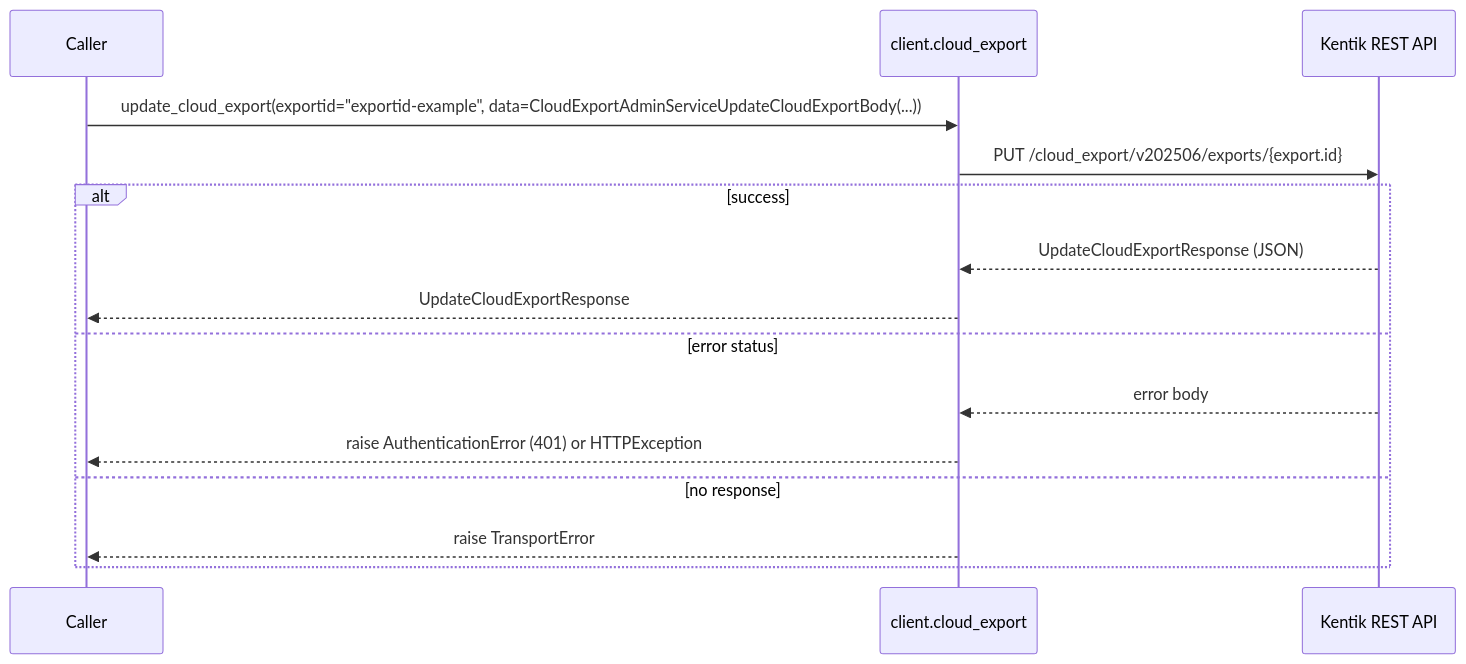
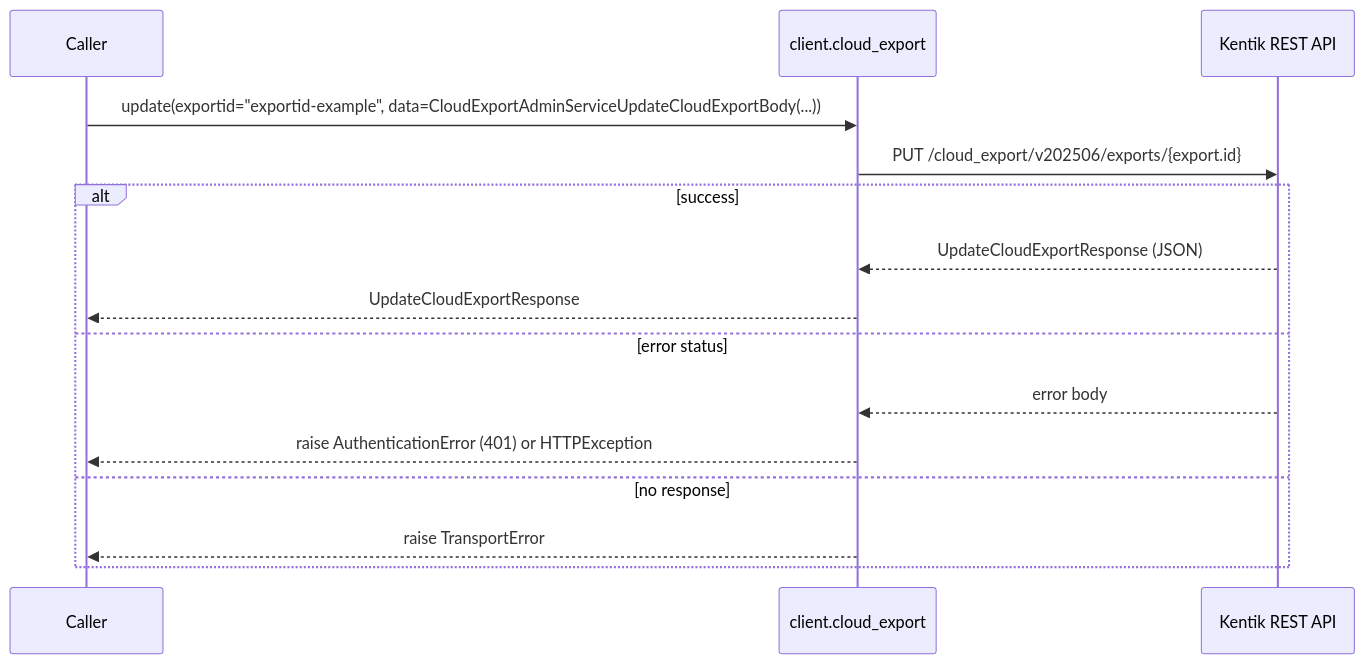
The eighth of 12 diagrams in docs/sphinx/services/cloud_export.md (alexdearaujo/community_sdk_python), drawn with Mermaid before and after one commit. The commit also changed other lines of this file and 119 other files, not shown here.

````diff
--- a/docs/sphinx/services/cloud_export.md
+++ b/docs/sphinx/services/cloud_export.md
@@ -259,18 +259,18 @@
 ```mermaid
 sequenceDiagram
     participant C as Caller
     participant W as client.cloud_export
     participant API as Kentik REST API
 
-    C->>W: update_cloud_export(exportid="exportid-example", data=CloudExportAdminServiceUpdateCloudExportBody(...))
+    C->>W: update(exportid="exportid-example", data=CloudExportAdminServiceUpdateCloudExportBody(...))
     W->>API: PUT /cloud_export/v202506/exports/{export.id}
     alt success
         API-->>W: UpdateCloudExportResponse (JSON)
         W-->>C: UpdateCloudExportResponse
     else error status
         API-->>W: error body
         W-->>C: raise AuthenticationError (401) or HTTPException
     else no response
         W-->>C: raise TransportError
     end
 ```
````
